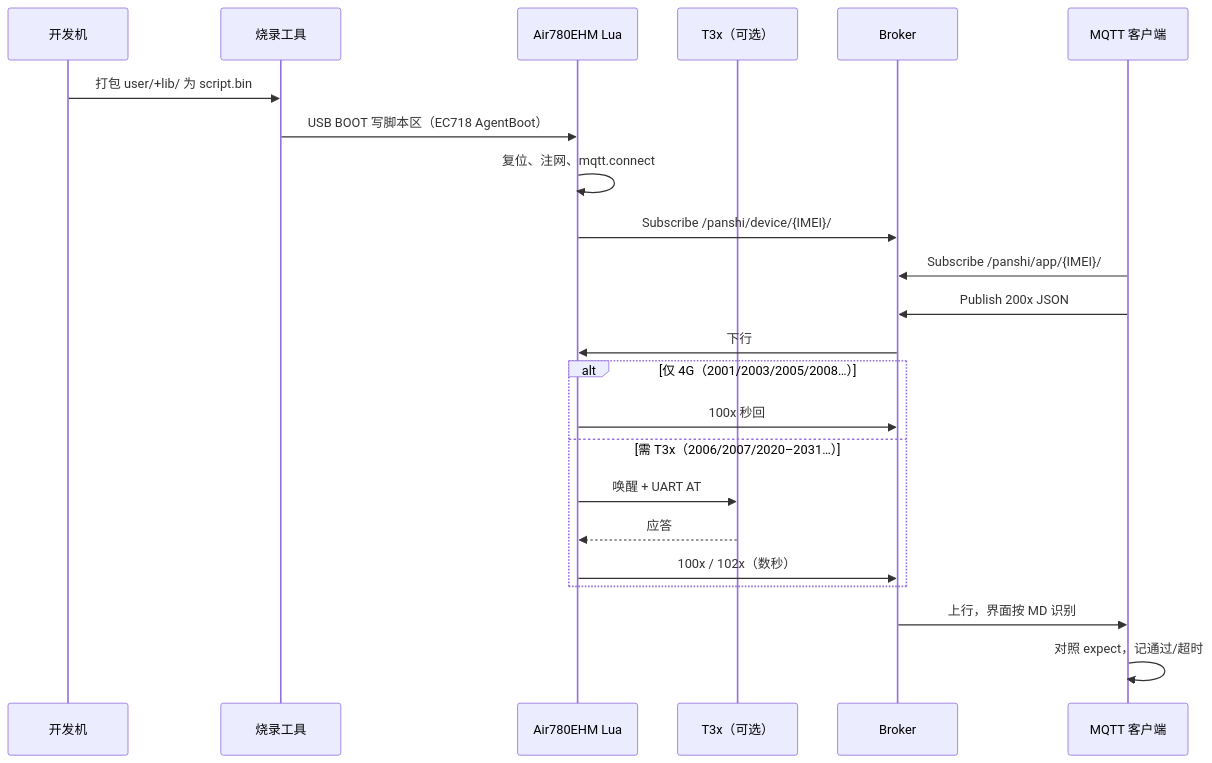
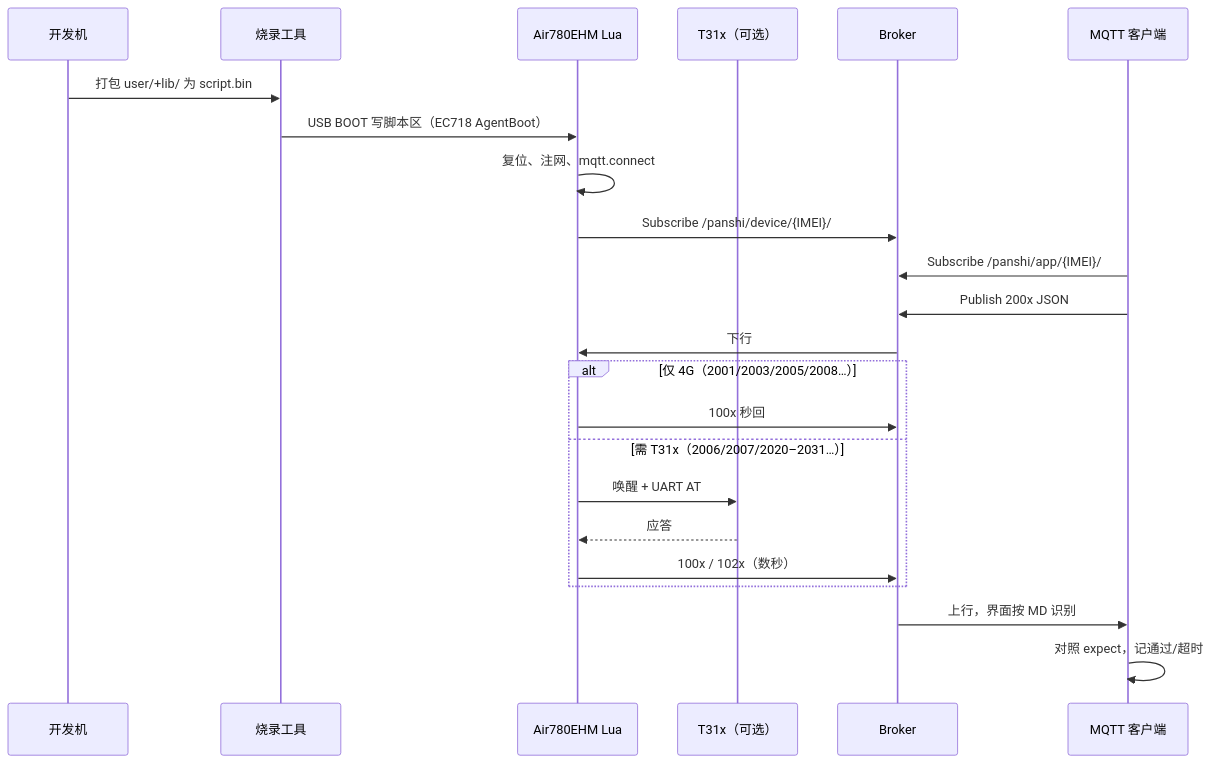
One commit to dzr1986/AIR780EHM changed the diagram in doc/CAT1_TOOLCHAIN_TEST_REPORT.md. Above: the diagram before and after it, drawn with Mermaid. The commit also changed other lines of this file and 402 other files, not shown here.

````diff
--- a/doc/CAT1_TOOLCHAIN_TEST_REPORT.md
+++ b/doc/CAT1_TOOLCHAIN_TEST_REPORT.md
@@ -68,26 +68,26 @@
 ```mermaid
 sequenceDiagram
     participant Dev as 开发机
     participant Flash as 烧录工具
     participant Cat as Air780EHM Lua
-    participant T3 as T3x（可选）
+    participant T3 as T31x（可选）
     participant Br as Broker
     participant Cli as MQTT 客户端
 
     Dev->>Flash: 打包 user/+lib/ 为 script.bin
     Flash->>Cat: USB BOOT 写脚本区（EC718 AgentBoot）
     Cat->>Cat: 复位、注网、mqtt.connect
     Cat->>Br: Subscribe /panshi/device/{IMEI}/#
     Cli->>Br: Subscribe /panshi/app/{IMEI}/#
     Cli->>Br: Publish 200x JSON
     Br->>Cat: 下行
     alt 仅 4G（2001/2003/2005/2008…）
         Cat->>Br: 100x 秒回
-    else 需 T3x（2006/2007/2020–2031…）
+    else 需 T31x（2006/2007/2020–2031…）
         Cat->>T3: 唤醒 + UART AT
         T3-->>Cat: 应答
         Cat->>Br: 100x / 102x（数秒）
     end
     Br->>Cli: 上行，界面按 MD 识别
     Cli->>Cli: 对照 expect，记通过/超时
 ```
````
